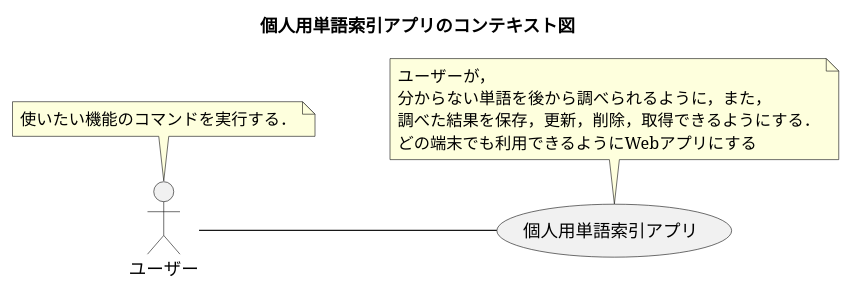
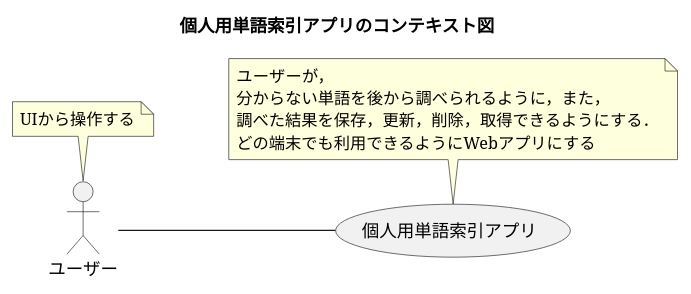
The diagram in docs/context_diagram.wsd (takuchi17/term-keeper-backend), drawn with PlantUML before and after one commit.

Commit message:
update: コンテキスト図内の他ドキュメントとの不一致を修正

```diff
--- a/docs/context_diagram.wsd
+++ b/docs/context_diagram.wsd
@@ -1,24 +1,24 @@
 @startuml Context Diagram
 
 title 個人用単語索引アプリのコンテキスト図
 
 left to right direction
 
 actor "ユーザー"
 
 usecase "個人用単語索引アプリ"
 note top of 個人用単語索引アプリ
   ユーザーが，
   分からない単語を後から調べられるように，また，
   調べた結果を保存，更新，削除，取得できるようにする．
   どの端末でも利用できるようにWebアプリにする
 end note
 
 note top of ユーザー
-  使いたい機能のコマンドを実行する．
+  UIから操作する
 end note
 
 
 :ユーザー: -- (個人用単語索引アプリ)
 
 @enduml
```
